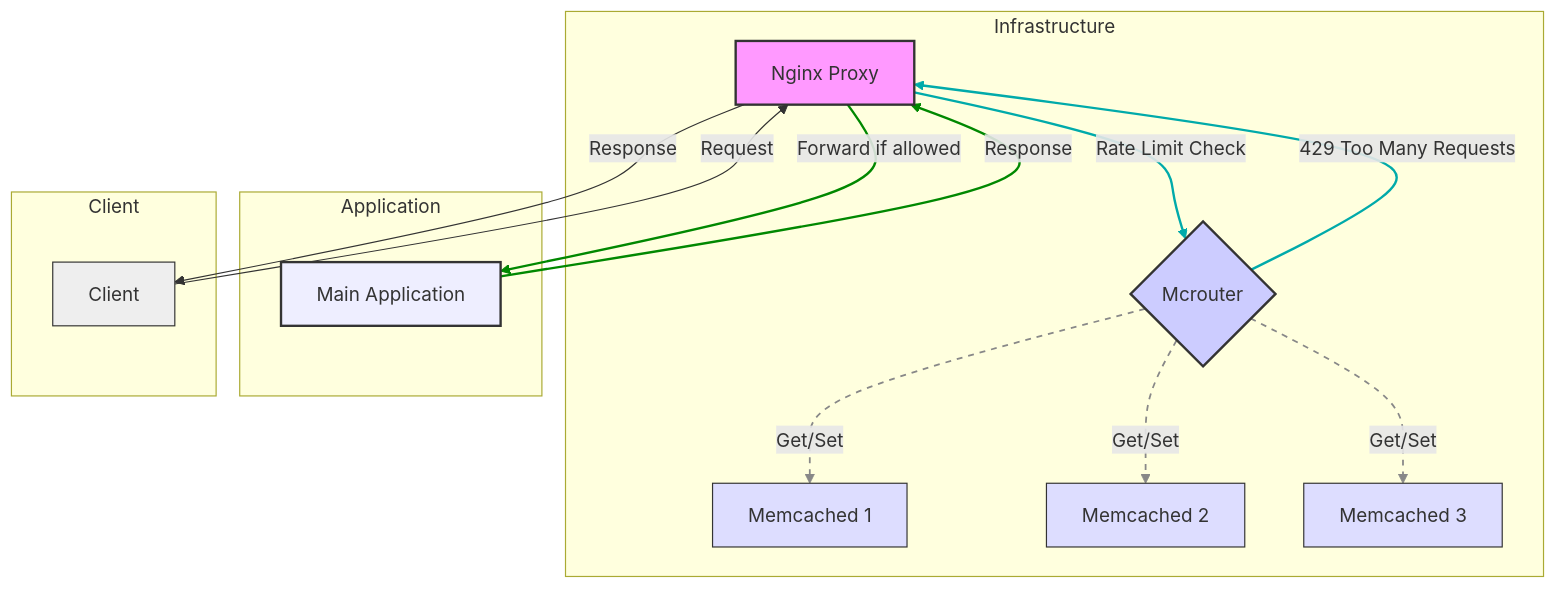
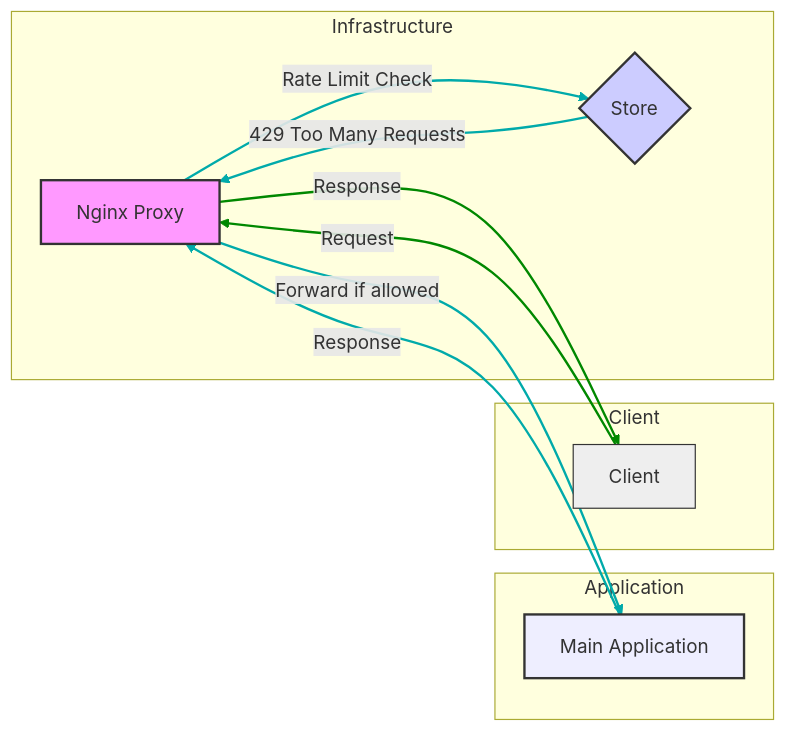
Before and after one commit to omarfawzi/Nginx-Ratelimiter-Proxy: the first of 2 diagrams in Readme.md, drawn with Mermaid. The commit also changed other lines of this file and 3 other files, not shown here.

````diff
--- a/Readme.md
+++ b/Readme.md
@@ -16,50 +16,42 @@
 ```mermaid
-graph TD
+graph LR
    subgraph Infrastructure
-      B[Nginx Proxy] -- Rate Limit Check --> C{Mcrouter}
-      C -- Get/Set --> D1[Memcached 1]
-      C -- Get/Set --> D2[Memcached 2]
-      C -- Get/Set --> D3[Memcached 3]
+      B[Nginx Proxy] -- Rate Limit Check --> C{Store}
       C -- 429 Too Many Requests --> B
-
-      classDef memcached fill:#ddf,stroke:#333;
-      class D1,D2,D3 memcached
 
       style B fill:#f9f,stroke:#333,stroke-width:2px
       style C fill:#ccf,stroke:#333,stroke-width:2px
       style B fill:#f9f,stroke:#333,stroke-width:2px
       classDef rate_limiting fill:#ffc,stroke:#333;
       class C rate_limiting
    end
 
    subgraph Application
       E[Main Application]
       style E fill:#eef,stroke:#333,stroke-width:2px
    end
 
    B -- Forward if allowed --> E
    E -- Response --> B
    B -- Response --> A
    A -- Request --> B
 
    classDef external fill:#eee,stroke:#333
    class A external
 
    classDef container fill:#ccf,stroke:#333
    class E container
 
    classDef proxy fill:#f9f,stroke:#333
    class B proxy
 
-   linkStyle 0,4 stroke:#0aa,stroke-width:2px;
-   linkStyle 5,6 stroke:#080,stroke-width:2px;
-   linkStyle 1,2,3 stroke:#888,stroke-width:1.5px,stroke-dasharray: 5 5;
-   linkStyle 6 stroke:#080,stroke-width:2px;
+   linkStyle 0,1,2,3 stroke:#0aa,stroke-width:2px;
+   linkStyle 4,5 stroke:#080,stroke-width:2px;
    
    classDef cache fill:#ddf,stroke:#333
    class D1,D2,D3 cache
 
    subgraph Client
       A[Client]
    end
 ```
````
